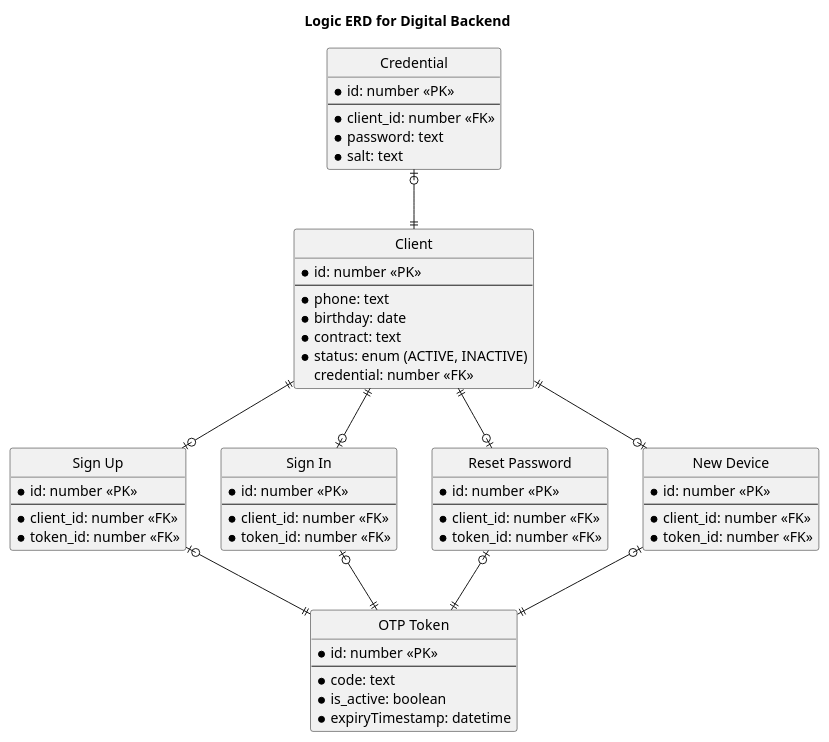
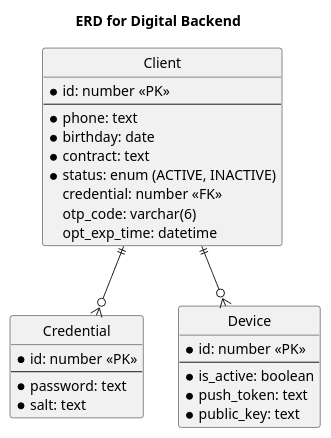
The diagram in fintech-auth/diagrams/erd.puml (vvtomash/htbs), drawn with PlantUML before and after one commit. The commit also changed 5 other files, not shown here.

```diff
--- a/fintech-auth/diagrams/erd.puml
+++ b/fintech-auth/diagrams/erd.puml
@@ -1,84 +1,48 @@
 @startuml
-title "Logic ERD for Digital Backend"
+title "ERD for Digital Backend"
 hide circle
 'skinparam linetype ortho
 
 entity "Client" as client {
     *id: number <<PK>>
     --
     *phone: text
     *birthday: date
     *contract: text
     *status: enum (ACTIVE, INACTIVE)
     credential: number <<FK>>
+    otp_code: varchar(6)
+    opt_exp_time: datetime
 }
 
 entity "Credential" as cred {
     *id: number <<PK>>
     --
-    *client_id: number <<FK>>
     *password: text
     *salt: text
 }
 
-entity "OTP Token" as otp {
+entity "Device" as device {
     *id: number <<PK>>
     --
-    *code: text
     *is_active: boolean
-    *expiryTimestamp: datetime
-}
-
-entity "Sign Up" as signup {
-    *id: number <<PK>>
-    --
-    *client_id: number <<FK>>
-    *token_id: number <<FK>>
-}
-
-entity "Sign In" as signin {
-    *id: number <<PK>>
-    --
-    *client_id: number <<FK>>
-    *token_id: number <<FK>>
-}
-
-entity "Reset Password" as reset {
-    *id: number <<PK>>
-    --
-    *client_id: number <<FK>>
-    *token_id: number <<FK>>
-}
-
-entity "New Device" as new_device {
-    *id: number <<PK>>
-    --
-    *client_id: number <<FK>>
-    *token_id: number <<FK>>
+    *push_token: text
+    *public_key: text
 }
 
 'Relations
-cred |o--|| client
-
-client ||--o| signup
-client ||--o| signin
-client ||--o| reset
-client ||--o| new_device
-
-signup |o--|| otp
-signin |o--|| otp
-reset |o--|| otp
-new_device |o--|| otp
+client ||--o{ cred
+client ||--o{ device
 
 
 'entity "Device" as device {
 '  *id: uuid <<PK>>
 '  --
 '  *activated_at: datetime
 '  public_key: text
 '  push_token: text
 '}
 '
 'cli ||..o| device
 
 @enduml
```
